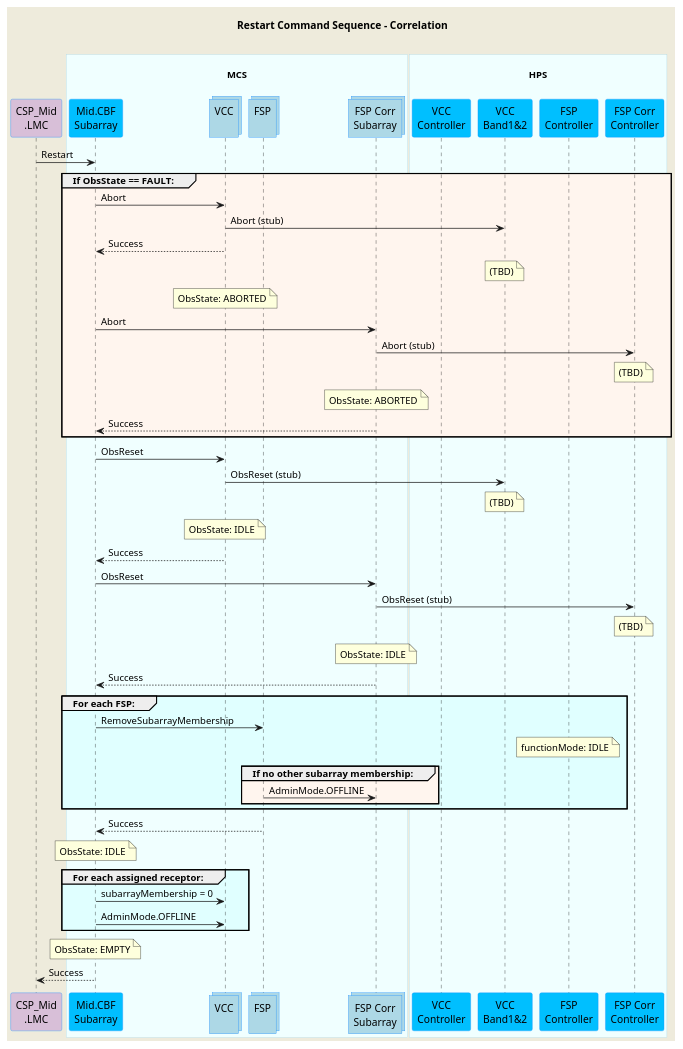
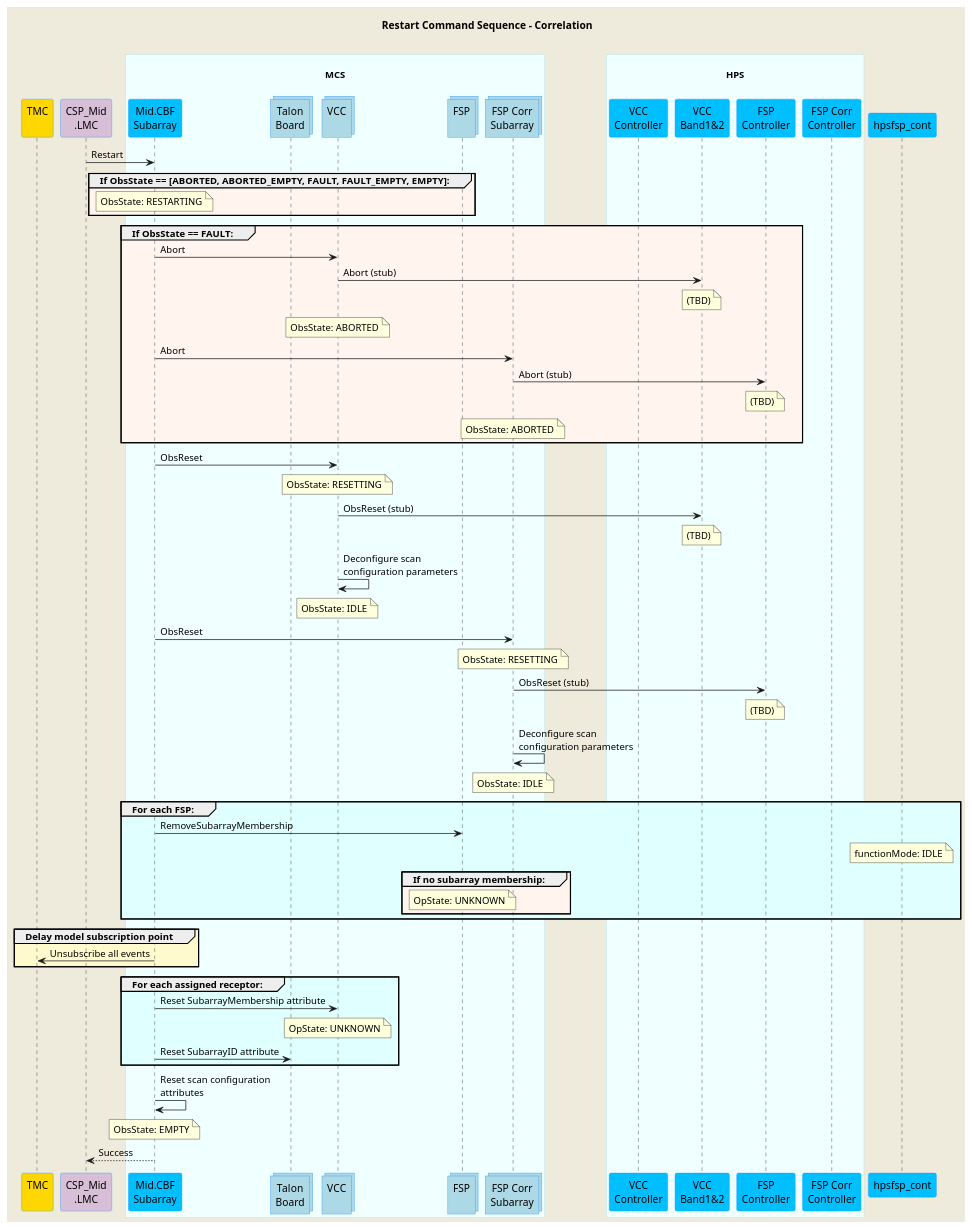
The diagram in docs/src/diagrams/restart-command.puml (ska-telescope/mid-cbf-mcs), drawn with PlantUML before and after one commit. The commit also changed 9 other files, not shown here.

```diff
--- a/docs/src/diagrams/restart-command.puml
+++ b/docs/src/diagrams/restart-command.puml
@@ -1,85 +1,96 @@
 @startuml
 'https://plantuml.com/sequence-diagram
 
 skinparam backgroundColor #EEEBDC
 skinparam sequence {
   ParticipantBorderColor DodgerBlue
   ParticipantBackgroundColor DeepSkyBlue
   ActorBorderColor DarkGreen
   ActorBackgroundColor Green
   BoxBorderColor LightBlue
   BoxBackgroundColor #F0FFFF
 }
 skinparam collections {
   BackGroundColor LightBlue
   BorderColor DodgerBlue
 }
 skinparam database {
   BackgroundColor LightGreen
   BorderColor DarkGreen
 }
 
 title Restart Command Sequence - Correlation\n
 
+participant "TMC\n" as tmc #Gold
 participant "CSP_Mid\n.LMC" as lmc #Thistle
 box "\nMCS\n"
   participant "Mid.CBF\nSubarray" as subarray
+  collections "Talon\nBoard" as talonboard
   collections "VCC\n" as vcc
   collections "FSP\n" as fsp
   collections "FSP Corr\nSubarray" as fspsubarray
+  
 end box
 box "\nHPS\n"
   participant "VCC\nController" as hpsvcc
   participant "VCC\nBand1&2" as hpsvccband
   participant "FSP\nController" as hpsfsp
   participant "FSP Corr\nController" as hpsfsp_corr
 end box
 
 lmc         ->  subarray      : Restart
 
+group #SeaShell If ObsState == [ABORTED, ABORTED_EMPTY, FAULT, FAULT_EMPTY, EMPTY]:
+  note over subarray           : ObsState: RESTARTING
+end group
+
 group #SeaShell If ObsState == FAULT:
   subarray    ->  vcc           : Abort
   vcc         ->  hpsvccband    : Abort (stub)
-  subarray    <--  vcc          : Success
   note over hpsvccband          : (TBD)
   note over vcc                 : ObsState: ABORTED
   subarray    ->  fspsubarray   : Abort
-  fspsubarray ->  hpsfsp_corr   : Abort (stub)
-  note over hpsfsp_corr         : (TBD)
+  fspsubarray ->  hpsfsp        : Abort (stub)
+  note over hpsfsp              : (TBD)
   note over fspsubarray         : ObsState: ABORTED
-  subarray    <--  fspsubarray  : Success
 end group
 
 subarray    ->  vcc           : ObsReset
+note over vcc                 : ObsState: RESETTING
 vcc         ->  hpsvccband    : ObsReset (stub)
 note over hpsvccband          : (TBD)
+vcc         ->  vcc           : Deconfigure scan\nconfiguration parameters 
 note over vcc                 : ObsState: IDLE
-subarray    <--  vcc          : Success
 
 subarray    ->  fspsubarray   : ObsReset
-fspsubarray ->  hpsfsp_corr   : ObsReset (stub)
-note over hpsfsp_corr         : (TBD)
+note over fspsubarray         : ObsState: RESETTING
+fspsubarray ->  hpsfsp        : ObsReset (stub)
+note over hpsfsp              : (TBD)
+fspsubarray ->  fspsubarray   : Deconfigure scan\nconfiguration parameters
 note over fspsubarray         : ObsState: IDLE
-subarray    <--  fspsubarray  : Success
 
 group #LightCyan For each FSP:
-  subarray    -> fsp          : RemoveSubarrayMembership
-  note over hpsfsp            : functionMode: IDLE
-  group #SeaShell If no other subarray membership:
-    fsp       ->  fspsubarray : AdminMode.OFFLINE
-  end group
+    subarray    -> fsp        : RemoveSubarrayMembership
+    note over hpsfsp_cont     : functionMode: IDLE
+    group #SeaShell If no subarray membership:
+      note over fsp           : OpState: UNKNOWN
+    end group
 end group
 
-subarray    <--  fsp          : Success
-note over subarray            : ObsState: IDLE
+group #LemonChiffon Delay model subscription point
+    subarray    -> tmc        : Unsubscribe all events
+end group
 
 group #LightCyan For each assigned receptor:
-  subarray    ->  vcc           : subarrayMembership = 0
-  subarray    ->  vcc           : AdminMode.OFFLINE
+  subarray    ->  vcc         : Reset SubarrayMembership attribute
+  note over vcc               : OpState: UNKNOWN
+  subarray    ->  talonboard  : Reset SubarrayID attribute
 end group
+
+subarray      -> subarray     : Reset scan configuration\nattributes
 
 note over subarray            : ObsState: EMPTY
 lmc         <--  subarray     : Success
 
 
 @enduml
```
